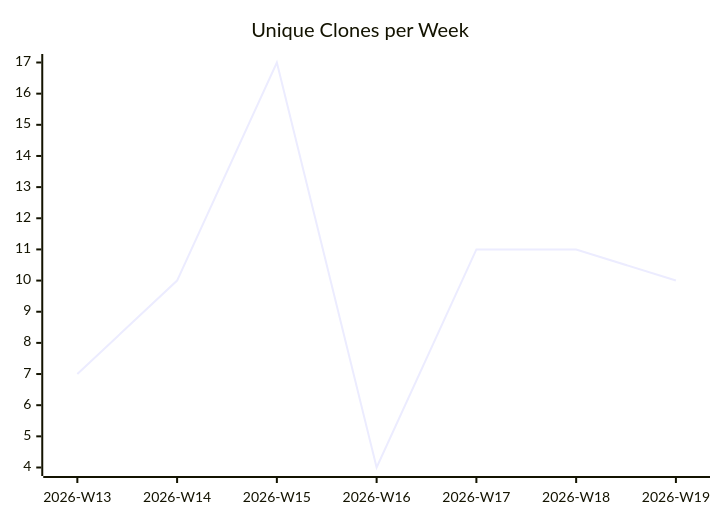
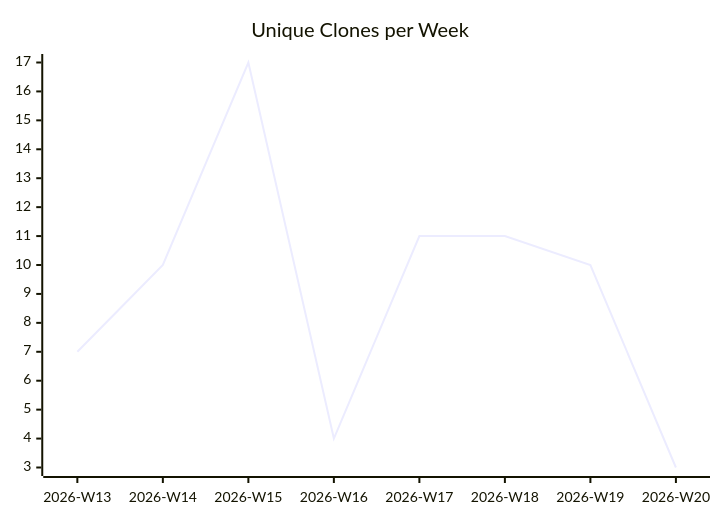
One commit to justdavis-family/github-analytics-data changed the third of 3 diagrams in karlmdavis/ksoap2-android/README.md. Above: the diagram before and after it, drawn with Mermaid. The commit also changed other lines of this file and 190 other files, not shown here.

````diff
--- a/karlmdavis/ksoap2-android/README.md
+++ b/karlmdavis/ksoap2-android/README.md
@@ -19,6 +19,6 @@
 ```mermaid
 xychart-beta
   title "Unique Clones per Week"
-  x-axis ["2026-W13", "2026-W14", "2026-W15", "2026-W16", "2026-W17", "2026-W18", "2026-W19"]
-  line [7, 10, 17, 4, 11, 11, 10]
+  x-axis ["2026-W13", "2026-W14", "2026-W15", "2026-W16", "2026-W17", "2026-W18", "2026-W19", "2026-W20"]
+  line [7, 10, 17, 4, 11, 11, 10, 3]
 ```
````
